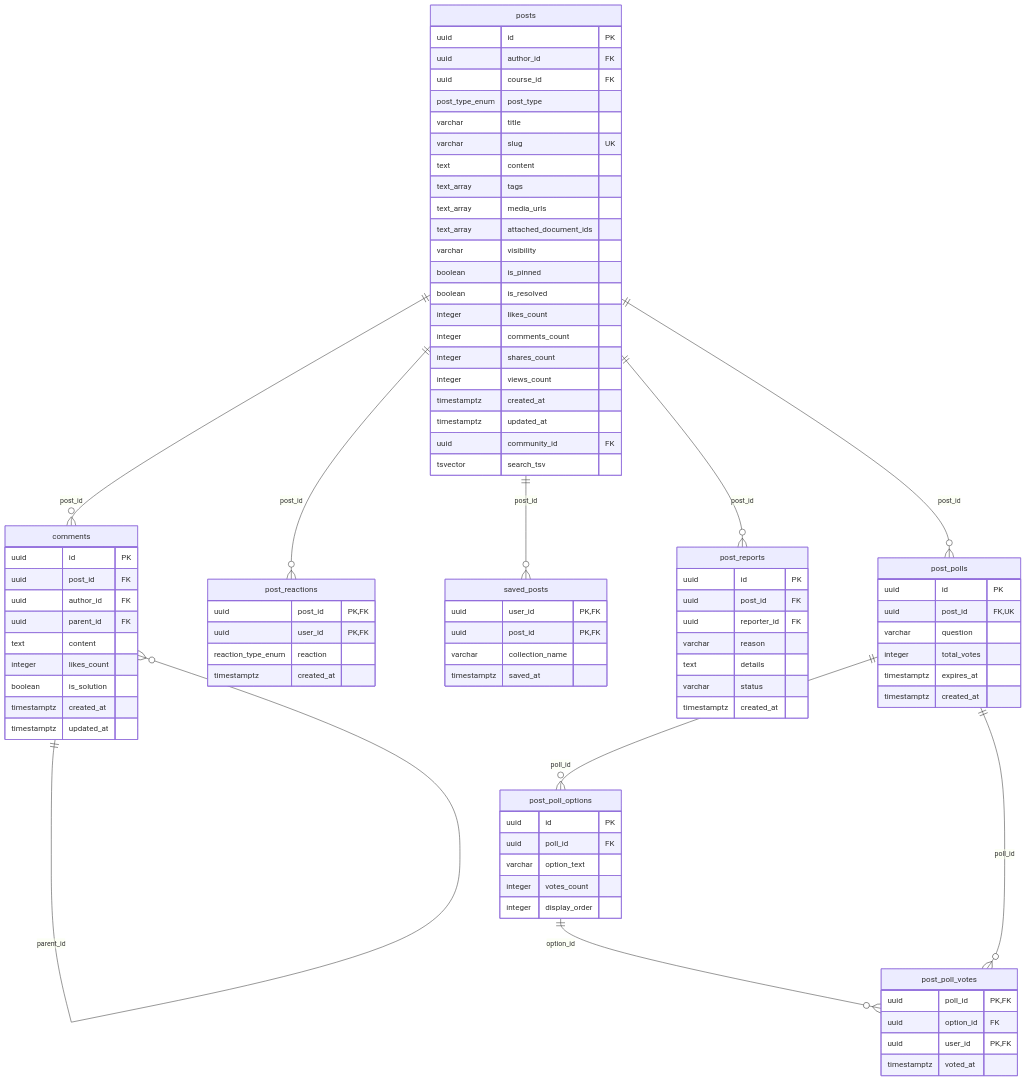
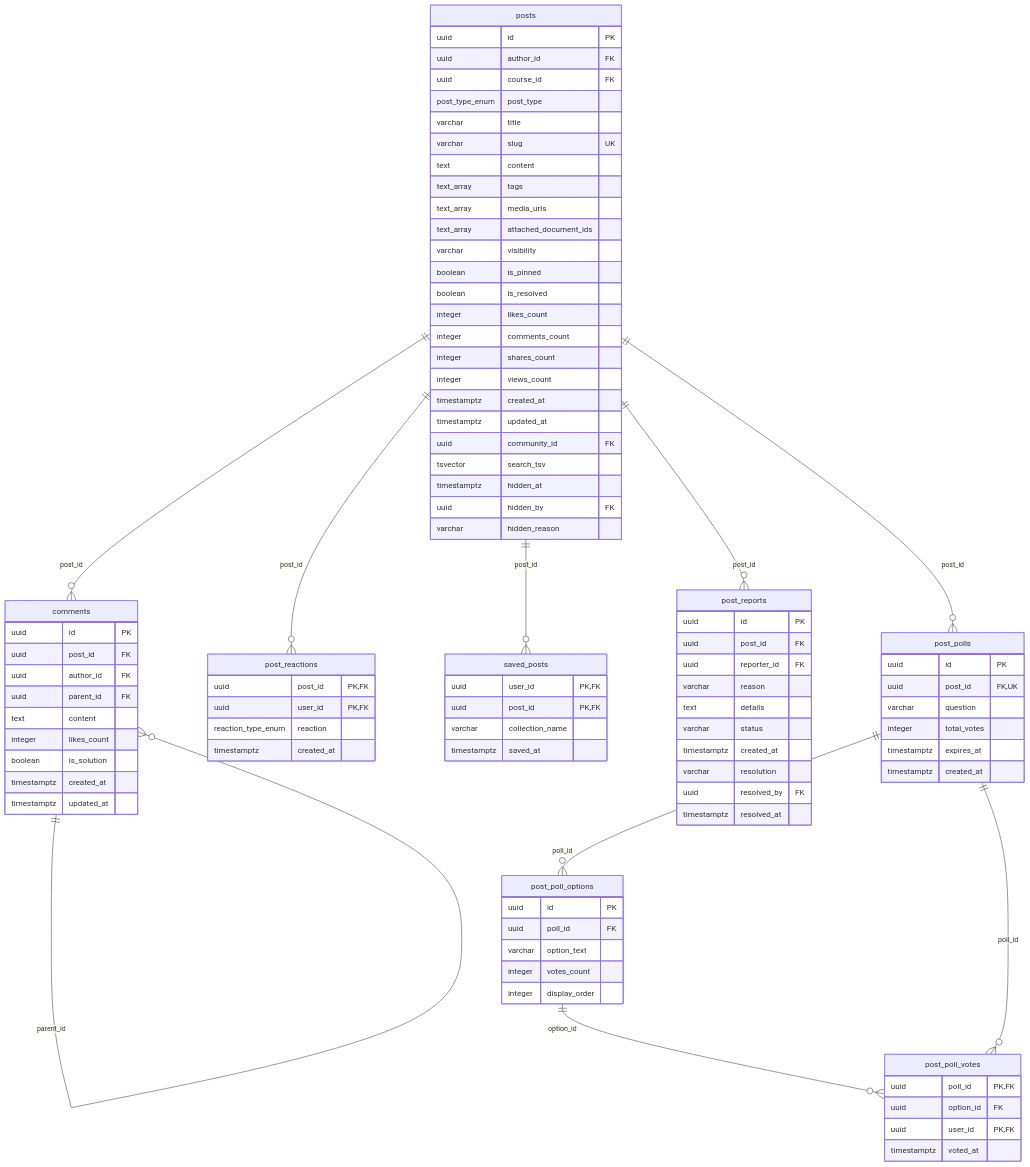
Before and after one commit to nhatcoi/pu-connect: the third of 6 diagrams in docs/diagrams/04-erd.md, drawn with Mermaid. The commit also changed other lines of this file and 8 other files, not shown here.

Commit message:
docs: course hub, admin, messaging and AI, diagrams and ERD

```diff
--- a/docs/diagrams/04-erd.md
+++ b/docs/diagrams/04-erd.md
@@ -173,6 +186,9 @@
     timestamptz updated_at
     uuid community_id FK
     tsvector search_tsv
+    timestamptz hidden_at
+    uuid hidden_by FK
+    varchar hidden_reason
   }
   comments {
     uuid id PK
@@ -205,6 +221,9 @@
     text details
     varchar status
     timestamptz created_at
+    varchar resolution
+    uuid resolved_by FK
+    timestamptz resolved_at
   }
   post_polls {
     uuid id PK
```
